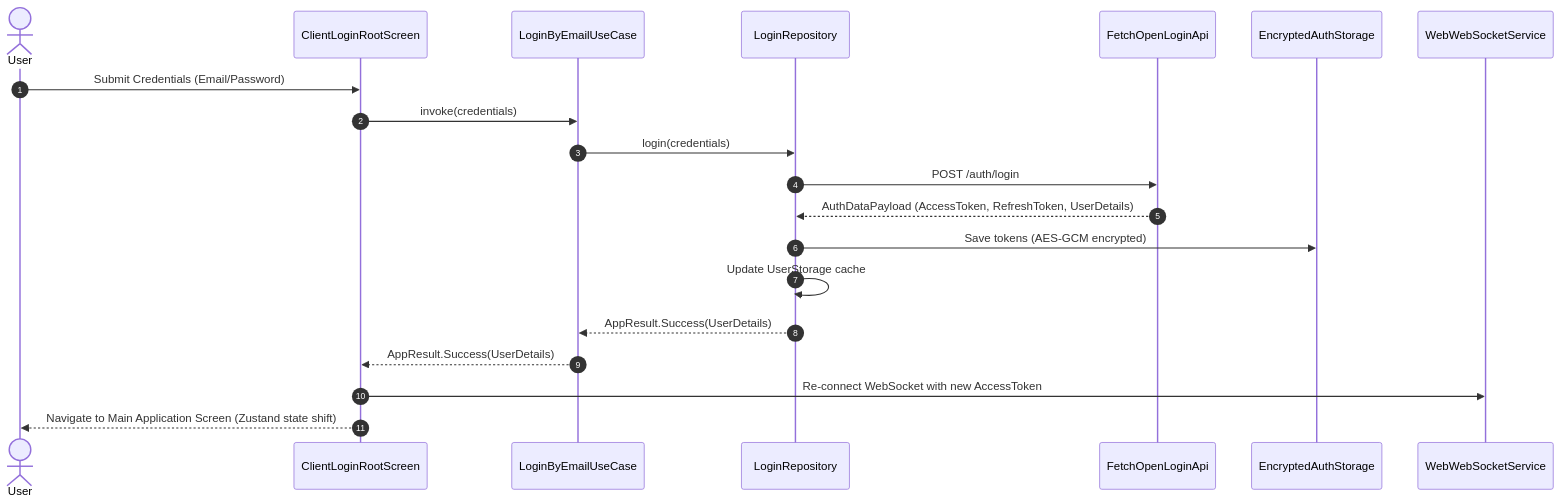
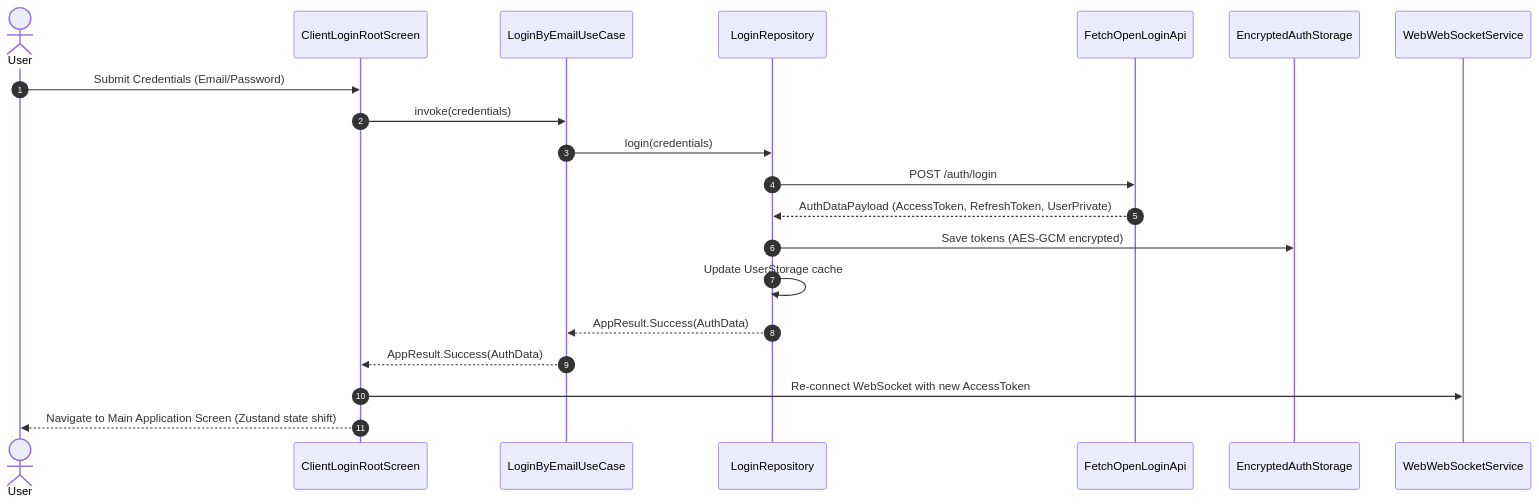
One commit to mudrichenkoevgeny/web-platform-sdk changed the first of 2 diagrams in docs/architecture/flows/authentication.md. Above: the diagram before and after it, drawn with Mermaid. The commit also changed 224 other files, not shown here.

````diff
--- a/docs/architecture/flows/authentication.md
+++ b/docs/architecture/flows/authentication.md
@@ -19,23 +19,23 @@
 ```mermaid
 sequenceDiagram
     autonumber
     actor User
     participant Component as ClientLoginRootScreen
     participant UseCase as LoginByEmailUseCase
     participant Repo as LoginRepository
     participant API as FetchOpenLoginApi
     participant AuthStore as EncryptedAuthStorage
     participant WS as WebWebSocketService
 
     User->>Component: Submit Credentials (Email/Password)
     Component->>UseCase: invoke(credentials)
     UseCase->>Repo: login(credentials)
     Repo->>API: POST /auth/login
-    API-->>Repo: AuthDataPayload (AccessToken, RefreshToken, UserDetails)
+    API-->>Repo: AuthDataPayload (AccessToken, RefreshToken, UserPrivate)
     Repo->>AuthStore: Save tokens (AES-GCM encrypted)
     Repo->>Repo: Update UserStorage cache
-    Repo-->>UseCase: AppResult.Success(UserDetails)
-    UseCase-->>Component: AppResult.Success(UserDetails)
+    Repo-->>UseCase: AppResult.Success(AuthData)
+    UseCase-->>Component: AppResult.Success(AuthData)
     Component->>WS: Re-connect WebSocket with new AccessToken
     Component-->>User: Navigate to Main Application Screen (Zustand state shift)
 ```
````
